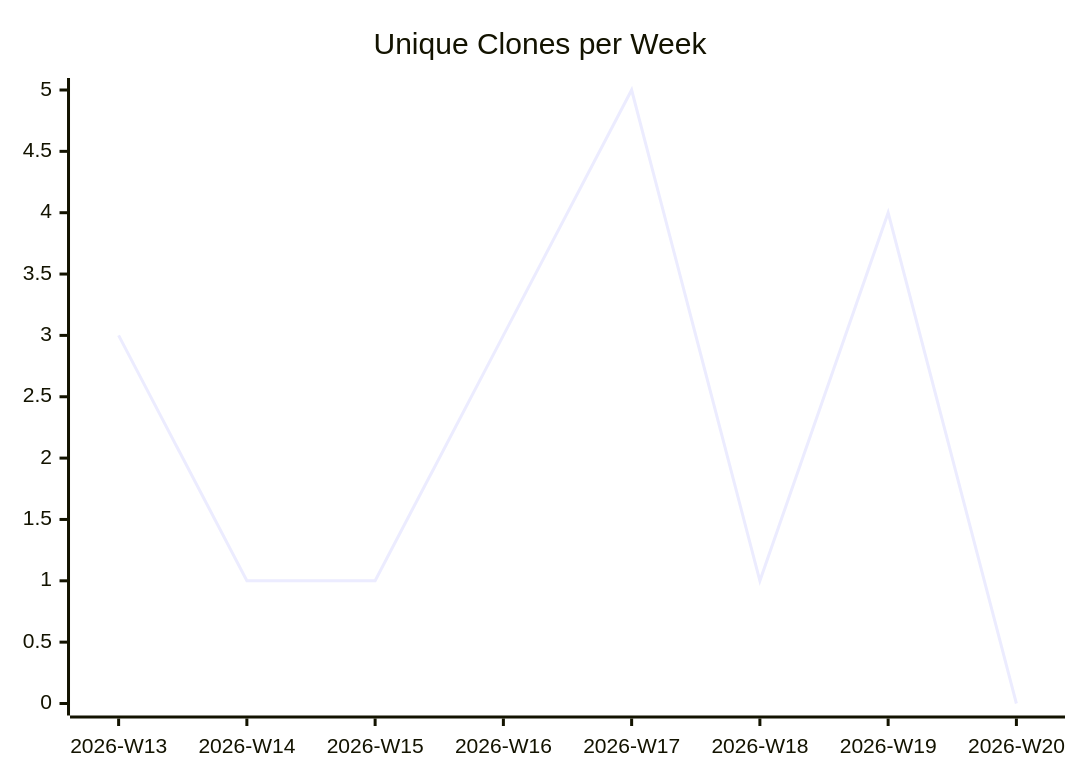
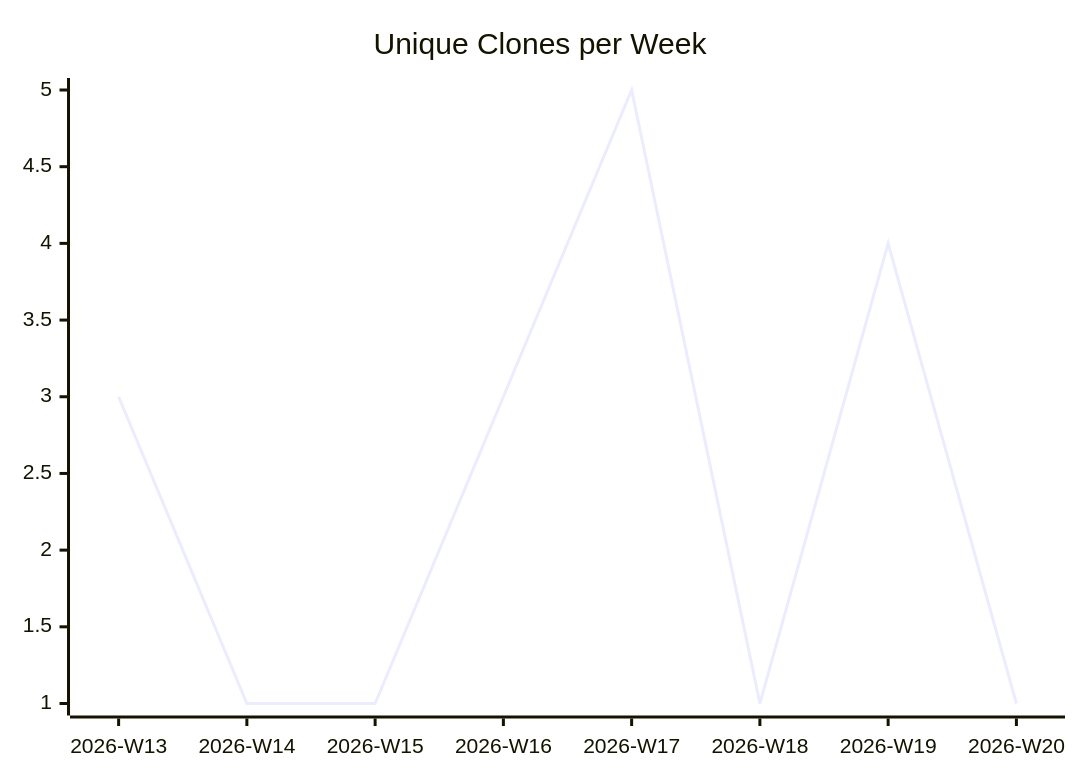
One commit to justdavis-family/github-analytics-data changed the third of 3 diagrams in karlmdavis/stockfighter-trades-solutions/README.md. Above: the diagram before and after it, drawn with Mermaid. The commit also changed other lines of this file and 192 other files, not shown here.

````diff
--- a/karlmdavis/stockfighter-trades-solutions/README.md
+++ b/karlmdavis/stockfighter-trades-solutions/README.md
@@ -19,6 +19,6 @@
 ```mermaid
 xychart-beta
   title "Unique Clones per Week"
   x-axis ["2026-W13", "2026-W14", "2026-W15", "2026-W16", "2026-W17", "2026-W18", "2026-W19", "2026-W20"]
-  line [3, 1, 1, 3, 5, 1, 4, 0]
+  line [3, 1, 1, 3, 5, 1, 4, 1]
 ```
````
